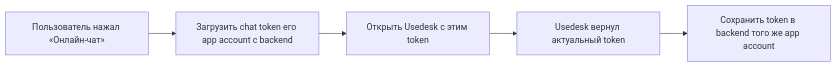
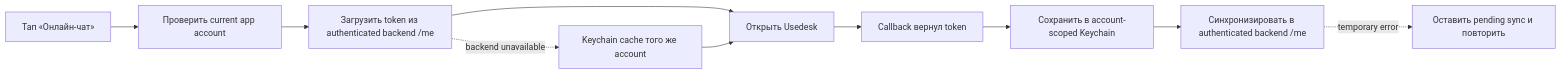
Before and after one commit to BroadApps-official/broad-platform-integration: the diagram in Documentation/Usedesk.md, drawn with Mermaid. The commit also changed other lines of this file and 23 other files, not shown here.

Commit message:
Clarify token recovery and Usedesk identity storage

````diff
--- a/Documentation/Usedesk.md
+++ b/Documentation/Usedesk.md
@@ -202,7 +217,12 @@
 ```mermaid
 flowchart LR
-    A["Пользователь нажал «Онлайн-чат»"] --> B["Загрузить chat token его app account с backend"]
-    B --> C["Открыть Usedesk с этим token"]
-    C --> D["Usedesk вернул актуальный token"]
-    D --> E["Сохранить token в backend того же app account"]
+    A["Тап «Онлайн-чат»"] --> B["Проверить current app account"]
+    B --> C["Загрузить token из authenticated backend /me"]
+    C --> D["Открыть Usedesk"]
+    C -. "backend unavailable" .-> K["Keychain cache того же account"]
+    K --> D
+    D --> E["Callback вернул token"]
+    E --> F["Сохранить в account-scoped Keychain"]
+    F --> G["Синхронизировать в authenticated backend /me"]
+    G -. "temporary error" .-> H["Оставить pending sync и повторить"]
 ```
````
